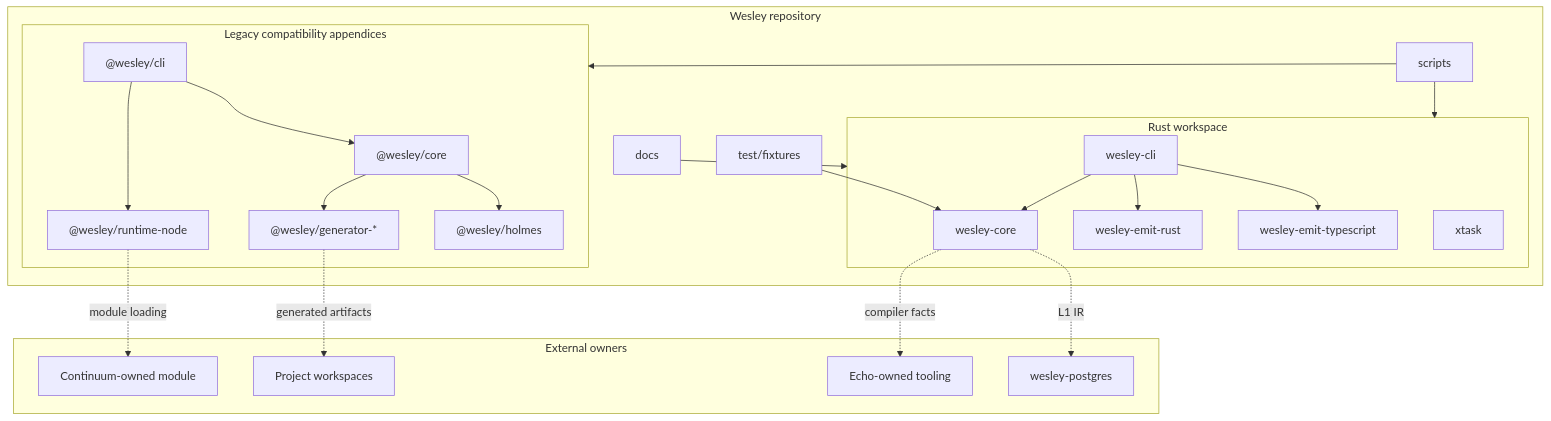
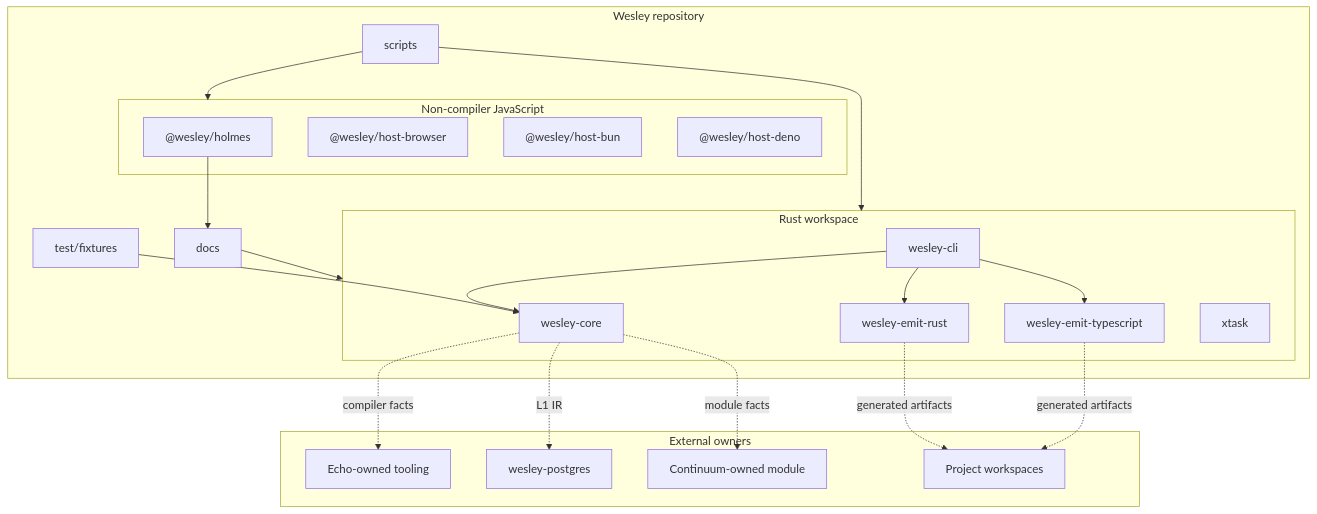
Before and after one commit to flyingrobots/wesley: diagram 20 of 24 in docs/END_TO_END.md, drawn with Mermaid. The commit also changed other lines of this file and 364 other files, not shown here.

Commit message:
feat(node-retirement): close legacy Node compiler surface

````diff
--- a/docs/END_TO_END.md
+++ b/docs/END_TO_END.md
@@ -872,48 +864,45 @@
 ```mermaid
 flowchart TB
     subgraph Repo["Wesley repository"]
         Docs[docs]
         Fixtures[test/fixtures]
         Scripts[scripts]
 
         subgraph Rust["Rust workspace"]
             Core[wesley-core]
             NativeCli[wesley-cli]
             EmitRust[wesley-emit-rust]
             EmitTS[wesley-emit-typescript]
             Xtask[xtask]
         end
 
-        subgraph Node["Legacy compatibility appendices"]
-            JsCore["@wesley/core"]
-            JsCli["@wesley/cli"]
-            Runtime["@wesley/runtime-node"]
-            JsGenerators["@wesley/generator-*"]
+        subgraph JS["Non-compiler JavaScript"]
             Holmes["@wesley/holmes"]
+            HostBrowser["@wesley/host-browser"]
+            HostBun["@wesley/host-bun"]
+            HostDeno["@wesley/host-deno"]
         end
     end
 
     subgraph External["External owners"]
         Echo[Echo-owned tooling]
         Postgres[wesley-postgres]
         Continuum[Continuum-owned module]
         Apps[Project workspaces]
     end
 
     Docs --> Rust
     Fixtures --> Core
     Scripts --> Rust
-    Scripts --> Node
+    Scripts --> JS
     NativeCli --> Core
     NativeCli --> EmitRust
     NativeCli --> EmitTS
-    JsCli --> Runtime
-    JsCli --> JsCore
-    JsCore --> JsGenerators
-    JsCore --> Holmes
+    Holmes --> Docs
 
     Core -. compiler facts .-> Echo
     Core -. L1 IR .-> Postgres
-    Runtime -. module loading .-> Continuum
-    JsGenerators -. generated artifacts .-> Apps
+    Core -. module facts .-> Continuum
+    EmitRust -. generated artifacts .-> Apps
+    EmitTS -. generated artifacts .-> Apps
 ```
````
